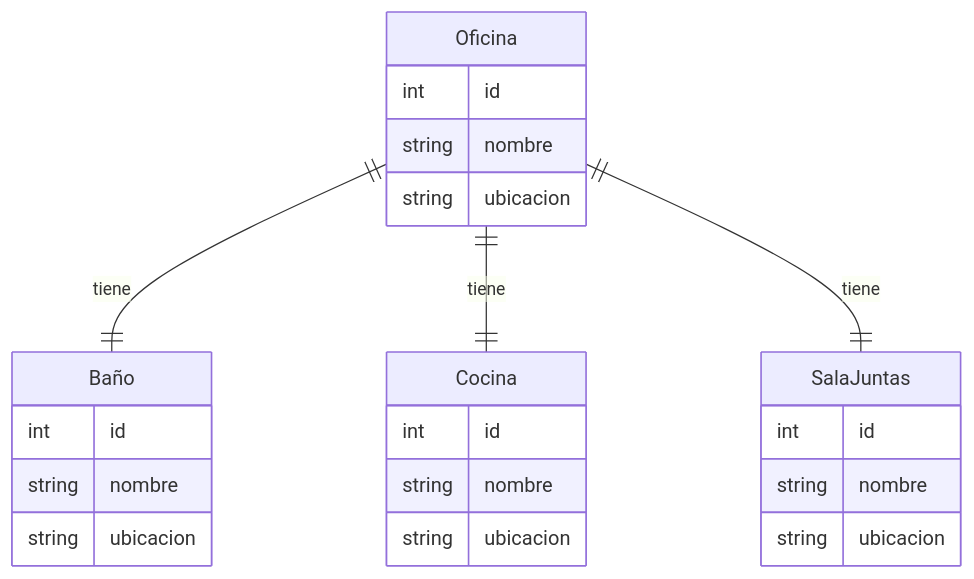
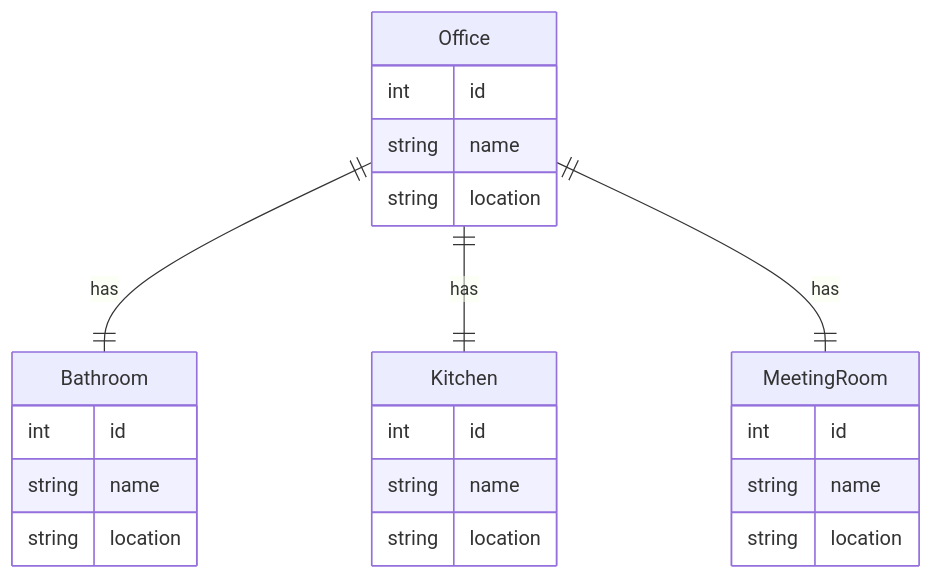
The fifth of 10 diagrams in README.md (despiau/mermaid), drawn with Mermaid before and after one commit. The commit also changed other lines of this file, not shown here.

````diff
--- a/README.md
+++ b/README.md
@@ -74,26 +74,26 @@
 ```mermaid
 erDiagram
-    Oficina ||--|| Baño: tiene
-    Oficina {
+    Office ||--|| Bathroom: has
+    Office {
       int id
-      string nombre
-      string ubicacion
+      string name
+      string location
     }
-    Baño {
+    Bathroom {
       int id
-      string nombre
-      string ubicacion
+      string name
+      string location
     }
-    Oficina ||--|| Cocina: tiene
-    Cocina {
+    Office ||--|| Kitchen: has
+    Kitchen {
       int id
-      string nombre
-      string ubicacion
+      string name
+      string location
     }
-    Oficina ||--|| SalaJuntas: tiene
-    SalaJuntas {
+    Office ||--|| MeetingRoom: has
+    MeetingRoom {
       int id
-      string nombre
-      string ubicacion
+      string name
+      string location
     }
 ```
````
